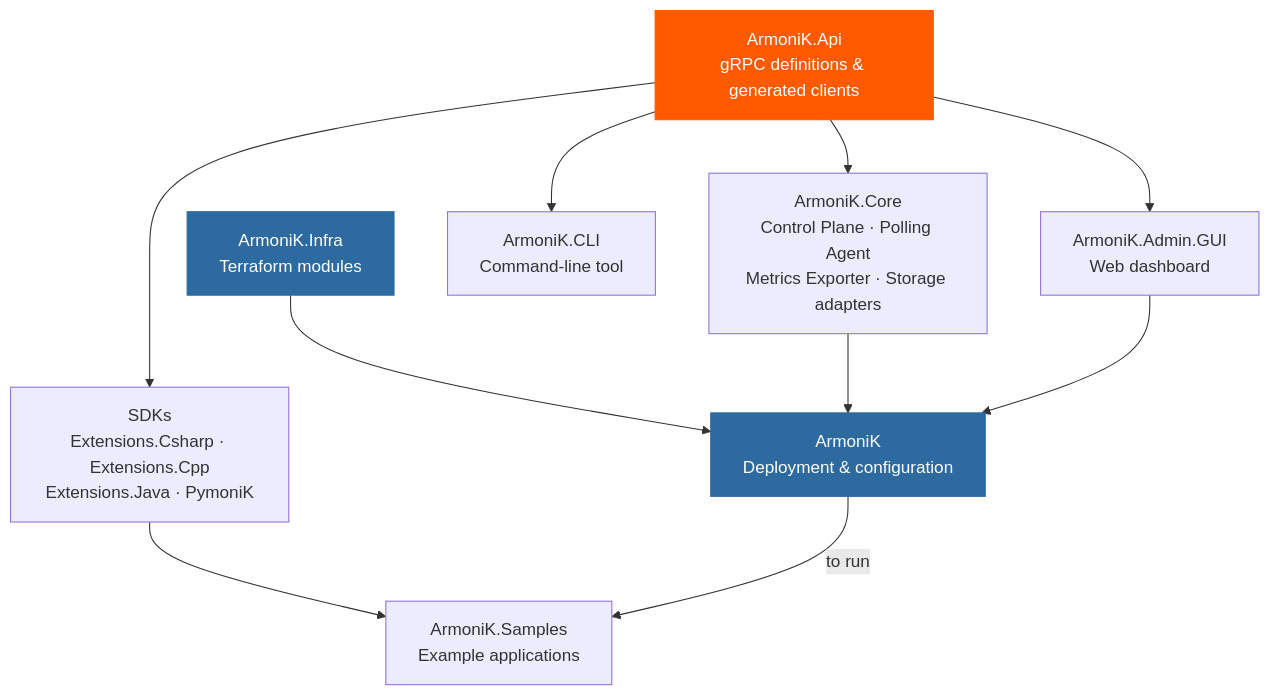
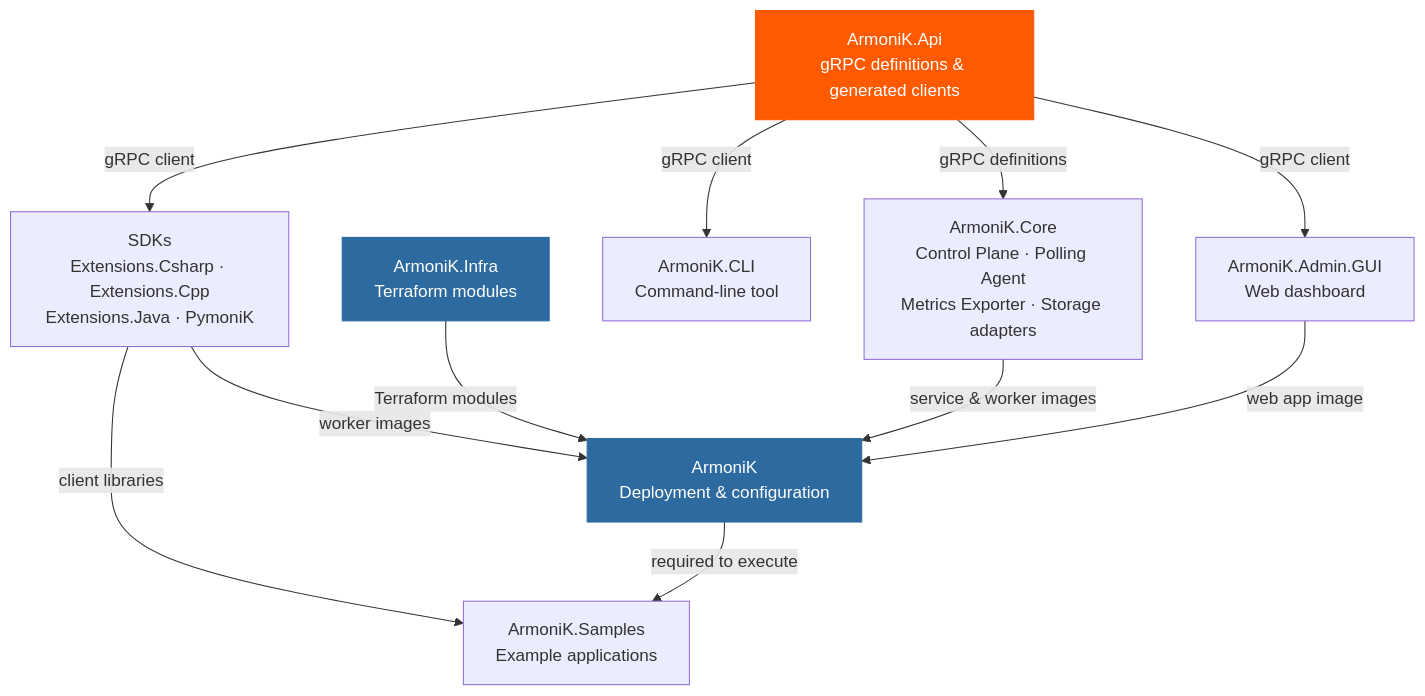
Before and after one commit to aneoconsulting/ArmoniK: the diagram in .docs/content/user-guide/0.repositories.md, drawn with Mermaid. The commit also changed other lines of this file, not shown here.

Commit message:
work on repo dependecies section

````diff
--- a/.docs/content/user-guide/0.repositories.md
+++ b/.docs/content/user-guide/0.repositories.md
@@ -21,30 +21,31 @@
 ```mermaid
 graph TD
     API["ArmoniK.Api<br/>gRPC definitions & generated clients"]
 
     Core["ArmoniK.Core<br/>Control Plane · Polling Agent<br/>Metrics Exporter · Storage adapters"]
     GUI["ArmoniK.Admin.GUI<br/>Web dashboard"]
     CLI["ArmoniK.CLI<br/>Command-line tool"]
     SDKs["SDKs<br/>Extensions.Csharp · Extensions.Cpp<br/>Extensions.Java · PymoniK"]
 
     Samples["ArmoniK.Samples<br/>Example applications"]
 
     Infra["ArmoniK.Infra<br/>Terraform modules"]
     Deploy["ArmoniK<br/>Deployment & configuration"]
 
-    API --> Core
-    API --> GUI
-    API --> CLI
-    API --> SDKs
+    API -->|gRPC definitions| Core
+    API -->|gRPC client| GUI
+    API -->|gRPC client| CLI
+    API -->|gRPC client| SDKs
 
-    SDKs --> Samples
+    SDKs -->|client libraries| Samples
+    SDKs -->|worker images| Deploy
 
-    Infra  --> Deploy
-    Core   --> Deploy
-    GUI    --> Deploy
-    Deploy -->|to run| Samples
+    Infra  -->|Terraform modules| Deploy
+    Core   -->|service & worker images| Deploy
+    GUI    -->|web app image| Deploy
+    Deploy -->|required to execute| Samples
 
     style API     fill:#ff5a00,color:#ffffff,stroke:#ff5a00
     style Deploy  fill:#2d6a9f,color:#ffffff,stroke:#2d6a9f
     style Infra   fill:#2d6a9f,color:#ffffff,stroke:#2d6a9f
 ```
````
